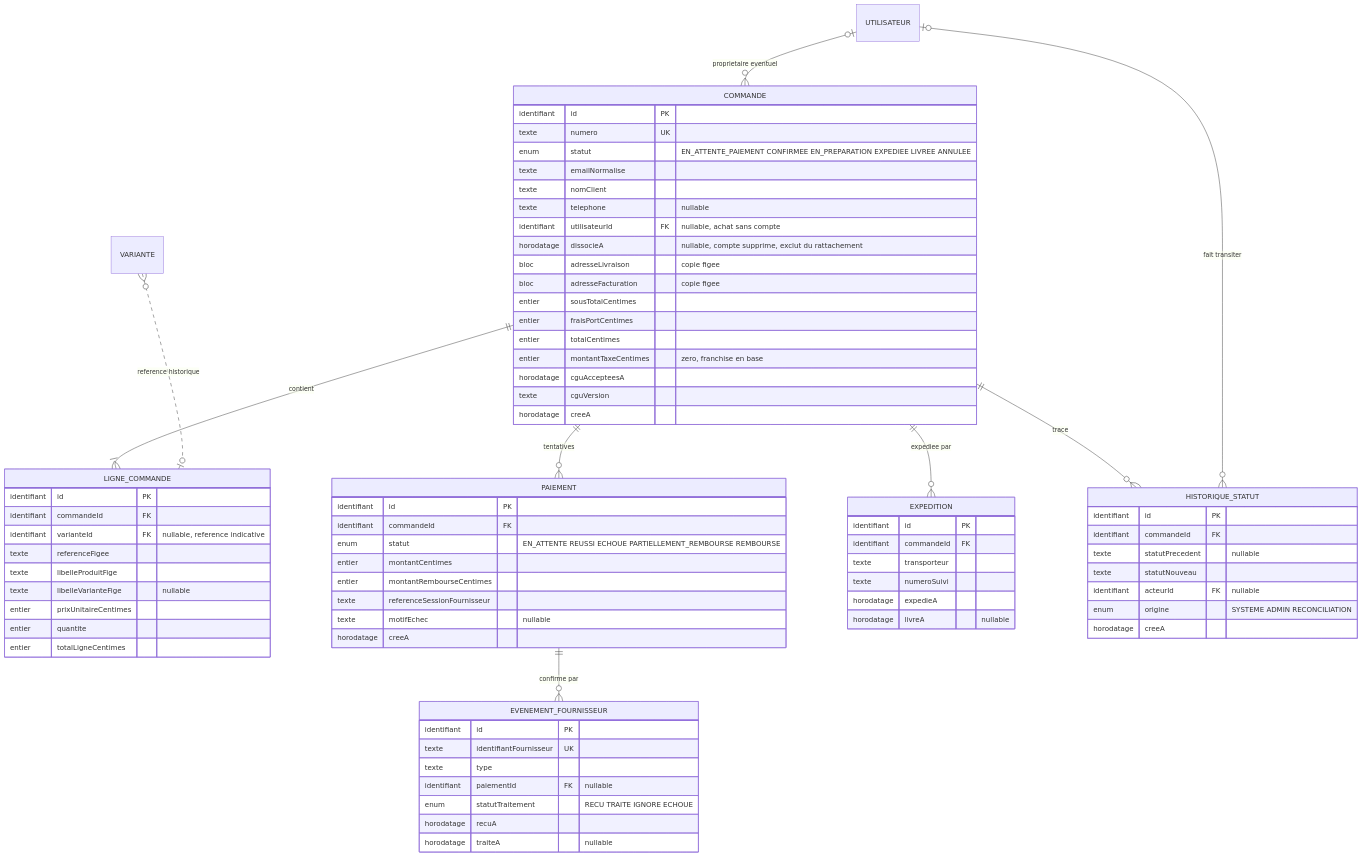
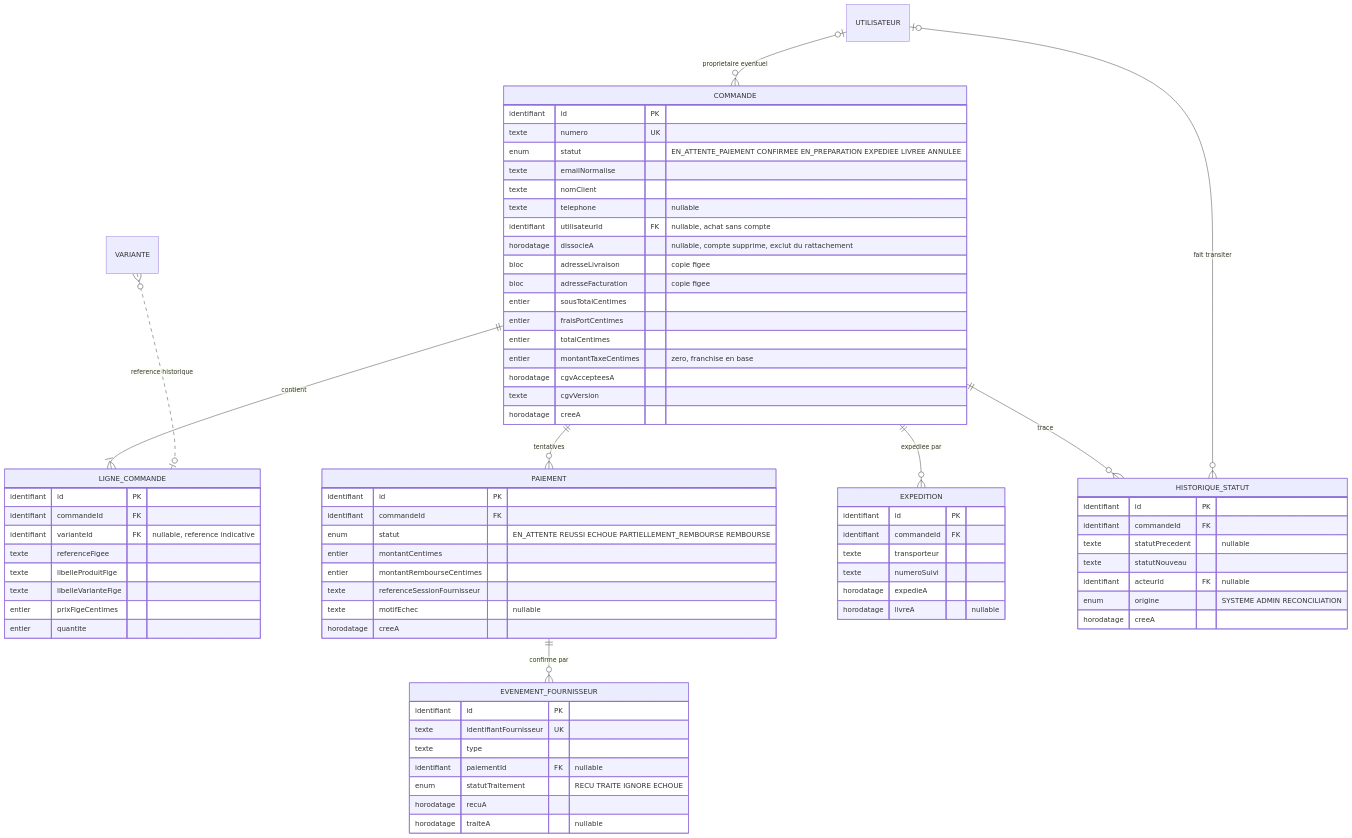
Before and after one commit to krismos64/lune-soleil: the fourth of 9 diagrams in docs/architecture/MODELE-CONCEPTUEL.md, drawn with Mermaid. The commit also changed other lines of this file and 5 other files, not shown here.

First line of the commit message:
fix: LS-49, fermer cinq ecarts entre le modele et le schema

````diff
--- a/docs/architecture/MODELE-CONCEPTUEL.md
+++ b/docs/architecture/MODELE-CONCEPTUEL.md
@@ -351,78 +351,77 @@
 ```mermaid
 erDiagram
     COMMANDE ||--|{ LIGNE_COMMANDE : "contient"
     COMMANDE ||--o{ PAIEMENT : "tentatives"
     COMMANDE ||--o{ EXPEDITION : "expediee par"
     COMMANDE ||--o{ HISTORIQUE_STATUT : "trace"
     UTILISATEUR |o--o{ HISTORIQUE_STATUT : "fait transiter"
     PAIEMENT ||--o{ EVENEMENT_FOURNISSEUR : "confirme par"
     VARIANTE }o..o| LIGNE_COMMANDE : "reference historique"
     UTILISATEUR |o--o{ COMMANDE : "proprietaire eventuel"
 
     COMMANDE {
         identifiant id PK
         texte numero UK
         enum statut "EN_ATTENTE_PAIEMENT CONFIRMEE EN_PREPARATION EXPEDIEE LIVREE ANNULEE"
         texte emailNormalise
         texte nomClient
         texte telephone "nullable"
         identifiant utilisateurId FK "nullable, achat sans compte"
         horodatage dissocieA "nullable, compte supprime, exclut du rattachement"
         bloc adresseLivraison "copie figee"
         bloc adresseFacturation "copie figee"
         entier sousTotalCentimes
         entier fraisPortCentimes
         entier totalCentimes
         entier montantTaxeCentimes "zero, franchise en base"
-        horodatage cguAccepteesA
-        texte cguVersion
+        horodatage cgvAccepteesA
+        texte cgvVersion
         horodatage creeA
     }
     LIGNE_COMMANDE {
         identifiant id PK
         identifiant commandeId FK
         identifiant varianteId FK "nullable, reference indicative"
         texte referenceFigee
         texte libelleProduitFige
-        texte libelleVarianteFige "nullable"
-        entier prixUnitaireCentimes
+        texte libelleVarianteFige
+        entier prixFigeCentimes
         entier quantite
-        entier totalLigneCentimes
     }
     PAIEMENT {
         identifiant id PK
         identifiant commandeId FK
         enum statut "EN_ATTENTE REUSSI ECHOUE PARTIELLEMENT_REMBOURSE REMBOURSE"
         entier montantCentimes
         entier montantRembourseCentimes
         texte referenceSessionFournisseur
         texte motifEchec "nullable"
         horodatage creeA
     }
     EVENEMENT_FOURNISSEUR {
         identifiant id PK
         texte identifiantFournisseur UK
         texte type
         identifiant paiementId FK "nullable"
         enum statutTraitement "RECU TRAITE IGNORE ECHOUE"
         horodatage recuA
         horodatage traiteA "nullable"
     }
     EXPEDITION {
         identifiant id PK
         identifiant commandeId FK
         texte transporteur
         texte numeroSuivi
         horodatage expedieA
         horodatage livreA "nullable"
     }
     HISTORIQUE_STATUT {
         identifiant id PK
         identifiant commandeId FK
         texte statutPrecedent "nullable"
         texte statutNouveau
         identifiant acteurId FK "nullable"
         enum origine "SYSTEME ADMIN RECONCILIATION"
         horodatage creeA
     }
 ```
````
